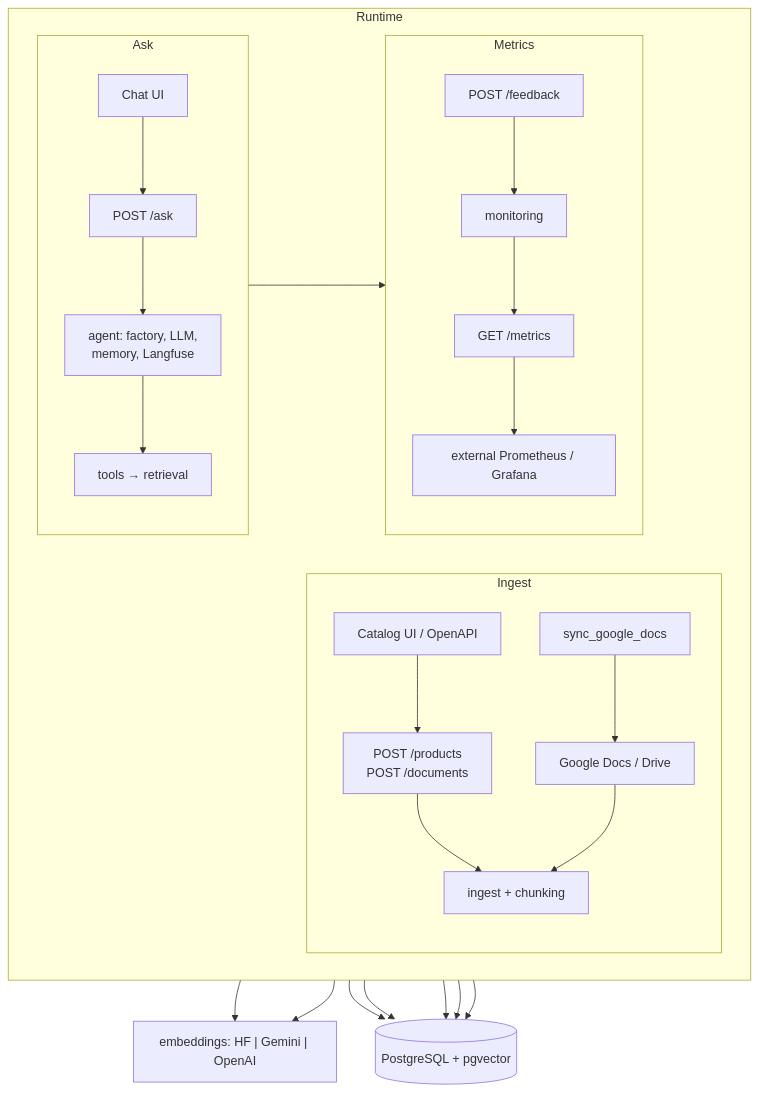
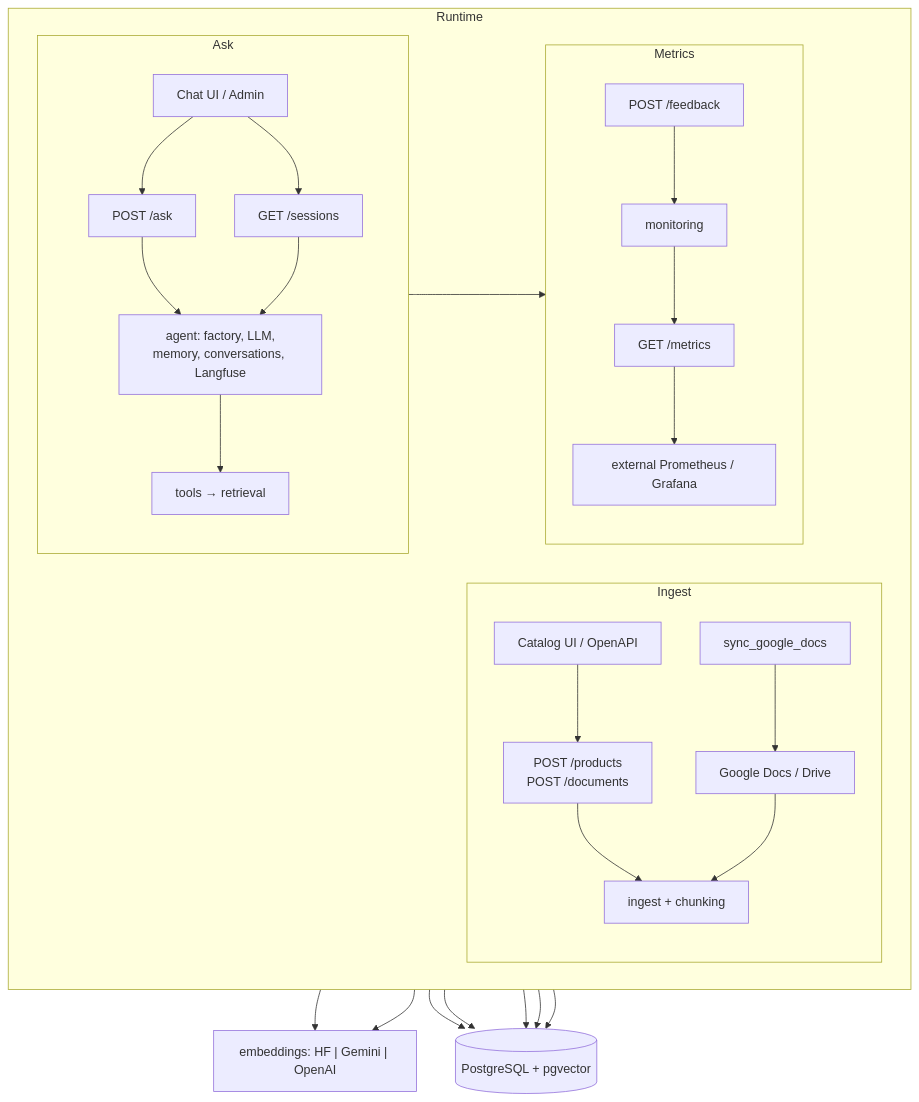
One commit to JJTorresDS/knowledge-agent changed the second of 5 diagrams in architecture.md. Above: the diagram before and after it, drawn with Mermaid. The commit also changed other lines of this file and 118 other files, not shown here.

````diff
--- a/architecture.md
+++ b/architecture.md
@@ -78,48 +78,50 @@
 ```mermaid
 flowchart TB
     subgraph paths [Runtime]
         direction LR
 
         subgraph askPath [Ask]
             direction TB
-            Chat["Chat UI"]
+            Chat["Chat UI / Admin"]
             Ask["POST /ask"]
-            Agent["agent: factory, LLM,<br/>memory, Langfuse"]
+            Sessions["GET /sessions"]
+            Agent["agent: factory, LLM,<br/>memory, conversations, Langfuse"]
             Tools["tools → retrieval"]
             Chat --> Ask --> Agent --> Tools
+            Chat --> Sessions --> Agent
         end
 
         subgraph ingestPath [Ingest]
             direction TB
             Src["Catalog UI / OpenAPI"]
             IngEP["POST /products<br/>POST /documents"]
             Ing["ingest + chunking"]
             Job["sync_google_docs"]
             GDocs["Google Docs / Drive"]
             Src --> IngEP --> Ing
             Job --> GDocs --> Ing
         end
 
         subgraph opsPath [Metrics]
             direction TB
             FB["POST /feedback"]
             Met["GET /metrics"]
             Mon["monitoring"]
             Obs["external Prometheus / Grafana"]
             FB --> Mon --> Met
             Met --> Obs
         end
     end
 
     Emb["embeddings: HF | Gemini | OpenAI"]
     PG[(PostgreSQL + pgvector)]
 
     Ask --> Mon
     Tools --> Emb
     Ing --> Emb
     Agent --> PG
     Tools --> PG
     Ing --> PG
     Mon --> PG
     Obs --> PG
 ```
````
